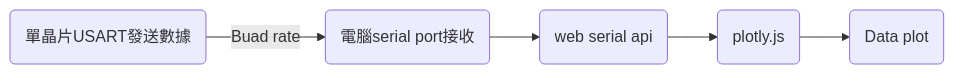
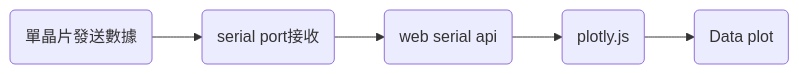
One commit to TONYWU115/My-project changed the diagram in README.md. Above: the diagram before and after it, drawn with Mermaid. The commit also changed other lines of this file, not shown here.

````diff
--- a/README.md
+++ b/README.md
@@ -3,7 +22,7 @@
 ```mermaid
 flowchart LR
-    A(單晶片USART發送數據) -->|Buad rate| B(電腦serial port接收)
+    A(單晶片發送數據) -->B(serial port接收)
     B --> C(web serial api)
     C --> D(plotly.js)
     D --> E(Data plot)
 ```
````
